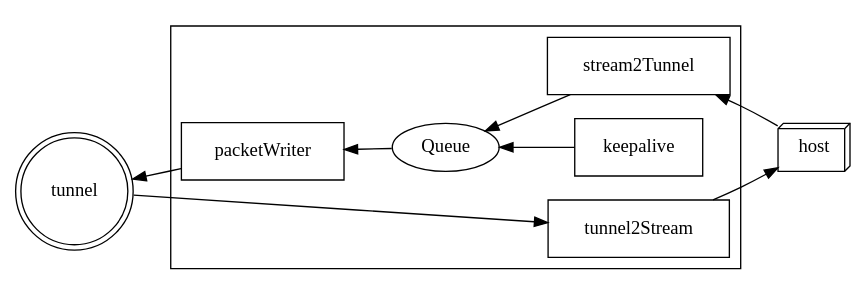
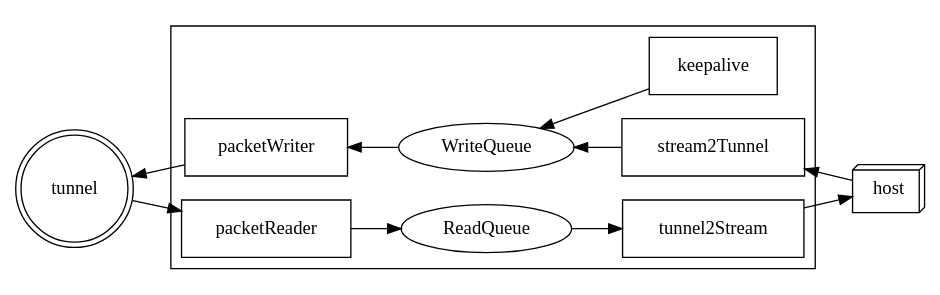
One commit to ifritJP/ifritJP.github.io changed the second of 3 diagrams in blog2/content/posts/2020/2020-05-29-tunnel.org. Above: the diagram before and after it, drawn with Graphviz. The commit also changed other lines of this file and 5 other files, not shown here.

```diff
--- a/blog2/content/posts/2020/2020-05-29-tunnel.org
+++ b/blog2/content/posts/2020/2020-05-29-tunnel.org
@@ -317,24 +306,38 @@
 #+begin_src dot :file tunnel_thread.svg :cache yes
 digraph G {
 rankdir = RL;
 
 tunnel [shape=doublecircle];
-host [shape=box3d];
-subgraph cluster {
+subgraph clusterA {
+
+packetWriter [shape=rect; margin=0.2;];
+packetReader [shape=rect; margin=0.2;];
+keepalive [shape=rect; margin=0.2;];
+
+WriteQueue
+
 tunnel2Stream [shape=rect; margin=0.2;];
 stream2Tunnel [shape=rect; margin=0.2;];
-packetWriter [shape=rect; margin=0.2;];
-keepalive [shape=rect; margin=0.2;];
+ReadQueue
 
-Queue
+{rank = max; packetReader; packetWriter}
+{rank = same; WriteQueue; ReadQueue}
+{rank = min; tunnel2Stream; stream2Tunnel; keepalive}
 }
+host [shape=box3d];
 
-tunnel -> tunnel2Stream
+tunnel -> packetReader
+packetReader -> ReadQueue
+ReadQueue -> tunnel2Stream
+stream2Tunnel -> WriteQueue 
+WriteQueue -> packetWriter
+packetWriter -> tunnel
+keepalive -> WriteQueue
 tunnel2Stream -> host
 host -> stream2Tunnel
-stream2Tunnel -> Queue 
-Queue -> packetWriter
-packetWriter -> tunnel
-keepalive -> Queue
+
+{rank=min;host}
+
+
 }
 #+end_src
```
